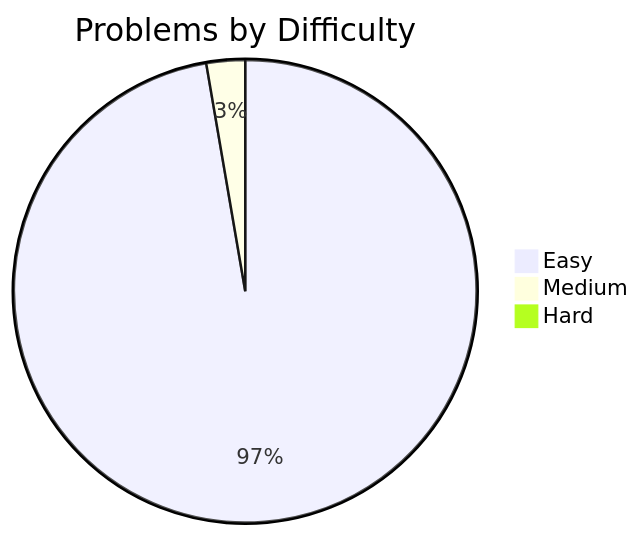
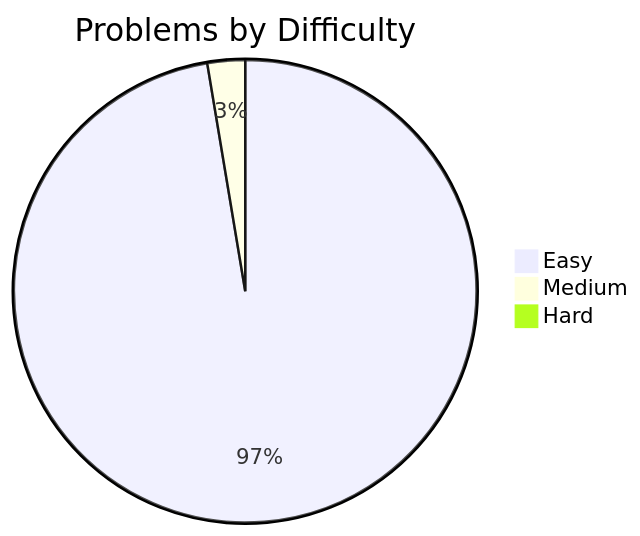
Before and after one commit to davelin18yufan/leetcode-journal: the diagram in README.md, drawn with Mermaid. The commit also changed other lines of this file and 7 other files, not shown here.

````diff
--- a/README.md
+++ b/README.md
@@ -7,7 +7,7 @@
 ```mermaid
 pie
     title Problems by Difficulty
-    "Easy" : 36
+    "Easy" : 37
     "Medium" : 1
     "Hard" : 0
 ```
````
